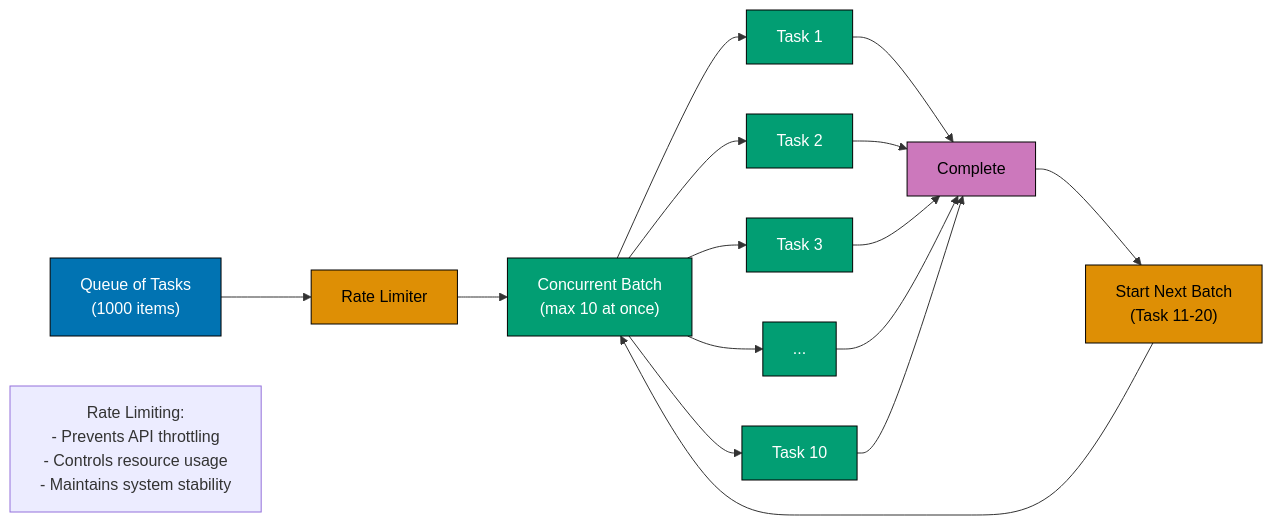
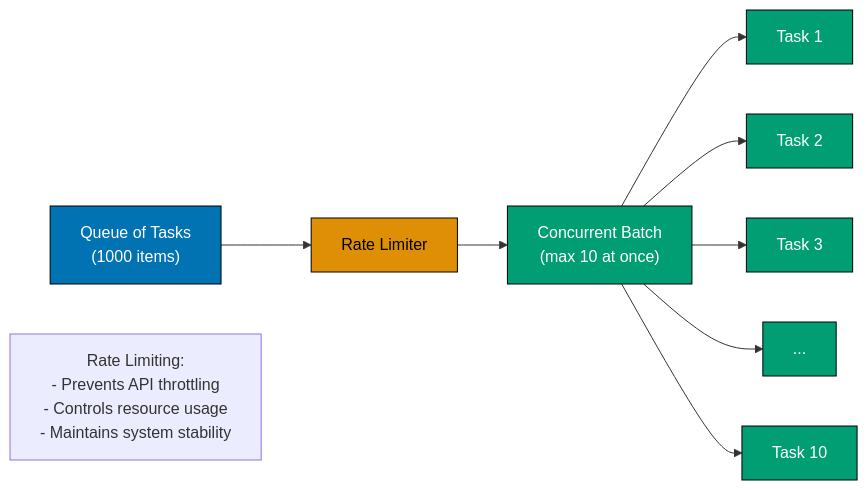
One commit to wahidyankf/baseerah changed the ninth of 10 diagrams in docs/explanation/software-engineering/programming-languages/typescript/concurrency-and-parallelism.md. Above: the diagram before and after it, drawn with Mermaid. The commit also changed other lines of this file and 20 other files, not shown here.

First line of the commit message:
fix(docs): remediate mermaid violations surfaced by the detect_kind fix

````diff
--- a/docs/explanation/software-engineering/programming-languages/typescript/concurrency-and-parallelism.md
+++ b/docs/explanation/software-engineering/programming-languages/typescript/concurrency-and-parallelism.md
@@ -551,31 +560,20 @@
 ```mermaid
 %% Color Palette: Blue #0173B2, Orange #DE8F05, Teal #029E73, Purple #CC78BC
 %% All colors are color-blind friendly and meet WCAG AA contrast standards
 
 graph LR
     A["Queue of Tasks<br/>(1000 items)"]:::blue --> B["Rate Limiter"]:::orange
-
     B --> C["Concurrent Batch<br/>(max 10 at once)"]:::teal
 
     C --> T1["Task 1"]:::teal
     C --> T2["Task 2"]:::teal
     C --> T3["Task 3"]:::teal
     C --> T4["..."]:::teal
     C --> T10["Task 10"]:::teal
 
-    T1 --> Complete1["Complete"]:::purple
-    T2 --> Complete1
-    T3 --> Complete1
-    T4 --> Complete1
-    T10 --> Complete1
-
-    Complete1 --> Next["Start Next Batch<br/>(Task 11-20)"]:::orange
-    Next --> C
-
     Note1["Rate Limiting:<br/>- Prevents API throttling<br/>- Controls resource usage<br/>- Maintains system stability"]
 
     classDef blue fill:#0173B2,stroke:#000,color:#fff
     classDef orange fill:#DE8F05,stroke:#000,color:#000
     classDef teal fill:#029E73,stroke:#000,color:#fff
-    classDef purple fill:#CC78BC,stroke:#000,color:#000
 ```
````
